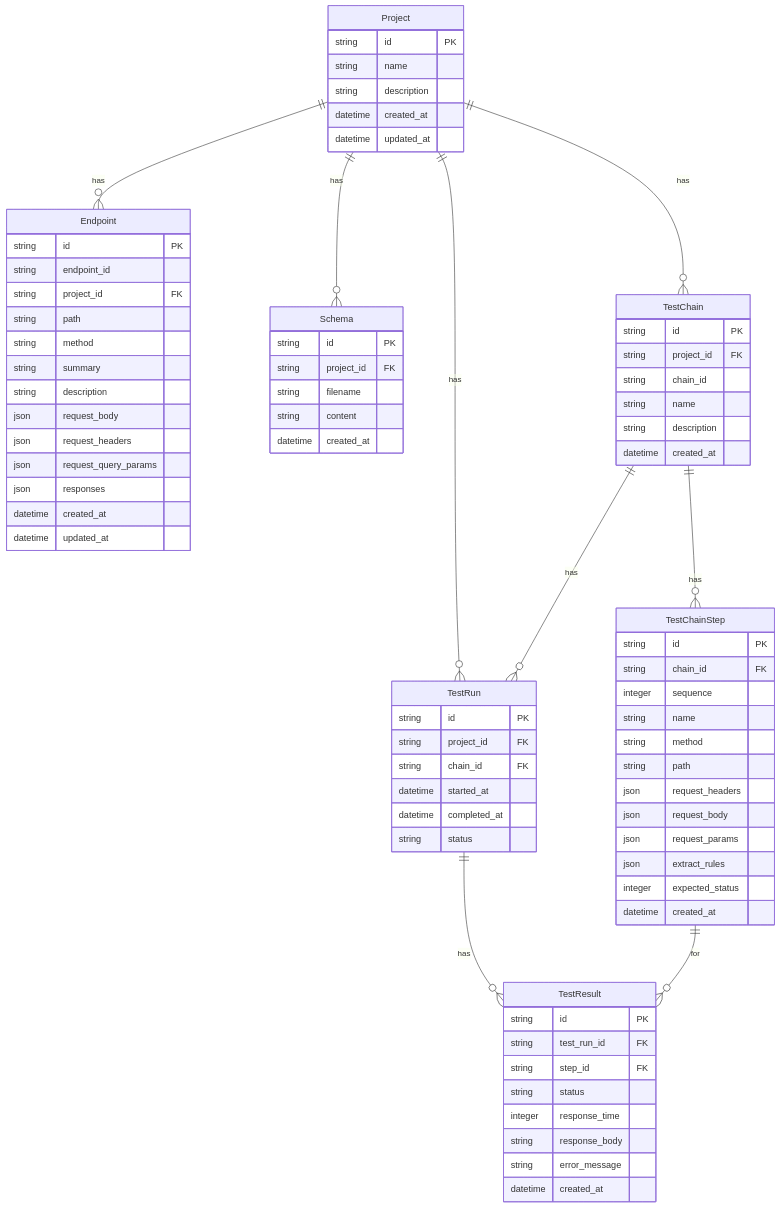
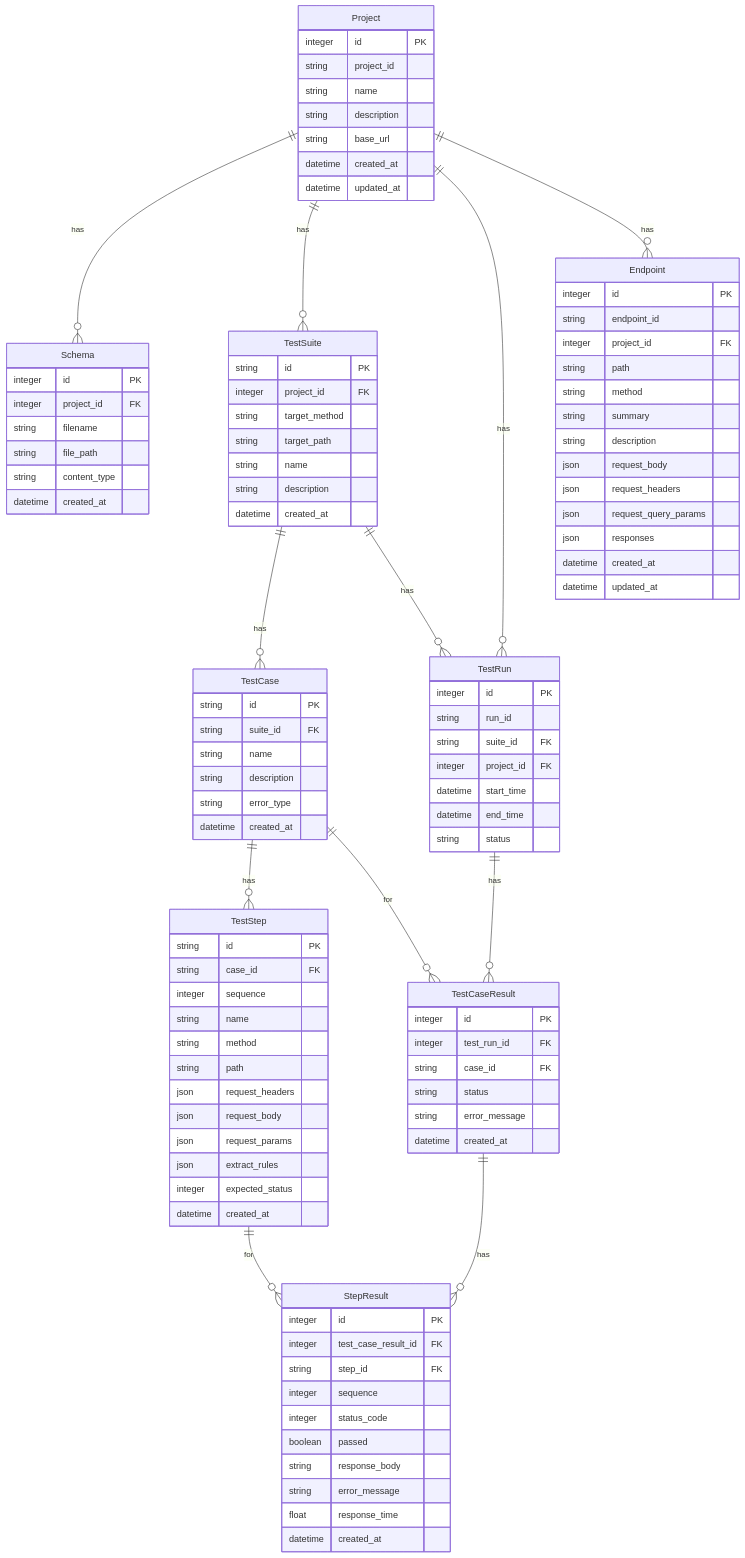
The fifth of 5 diagrams in ARCHITECTURE.md (Pirikara/caseforge), drawn with Mermaid before and after one commit. The commit also changed other lines of this file and 46 other files, not shown here.

````diff
--- a/ARCHITECTURE.md
+++ b/ARCHITECTURE.md
@@ -330,17 +329,19 @@
 ```mermaid
 erDiagram
   Project {
-    string id PK
+    integer id PK
+    string project_id
     string name
     string description
+    string base_url
     datetime created_at
     datetime updated_at
   }
   
   Endpoint {
-    string id PK
+    integer id PK
     string endpoint_id
-    string project_id FK
+    integer project_id FK
     string path
     string method
     string summary
@@ -354,25 +355,36 @@
   }
   
   Schema {
-    string id PK
-    string project_id FK
+    integer id PK
+    integer project_id FK
     string filename
-    string content
+    string file_path
+    string content_type
     datetime created_at
   }
-  
-  TestChain {
+
+  TestSuite {
     string id PK
-    string project_id FK
-    string chain_id
+    integer project_id FK
+    string target_method
+    string target_path
     string name
     string description
     datetime created_at
   }
   
-  TestChainStep {
+  TestCase {
     string id PK
-    string chain_id FK
+    string suite_id FK
+    string name
+    string description
+    string error_type
+    datetime created_at
+  }
+  
+  TestStep {
+    string id PK
+    string case_id FK
     integer sequence
     string name
     string method
@@ -386,31 +398,46 @@
   }
   
   TestRun {
-    string id PK
-    string project_id FK
-    string chain_id FK
-    datetime started_at
-    datetime completed_at
+    integer id PK
+    string run_id
+    string suite_id FK
+    integer project_id FK
+    datetime start_time
+    datetime end_time
     string status
   }
   
-  TestResult {
-    string id PK
-    string test_run_id FK
-    string step_id FK
+  TestCaseResult {
+    integer id PK
+    integer test_run_id FK
+    string case_id FK
     string status
-    integer response_time
-    string response_body
     string error_message
     datetime created_at
   }
   
+  StepResult {
+    integer id PK
+    integer test_case_result_id FK
+    string step_id FK
+    integer sequence
+    integer status_code
+    boolean passed
+    string response_body
+    string error_message
+    float response_time
+    datetime created_at
+  }
+  
   Project ||--o{ Schema : "has"
-  Project ||--o{ TestChain : "has"
+  Project ||--o{ TestSuite : "has"
   Project ||--o{ TestRun : "has"
   Project ||--o{ Endpoint : "has"
-  TestChain ||--o{ TestChainStep : "has"
-  TestChain ||--o{ TestRun : "has"
-  TestRun ||--o{ TestResult : "has"
-  TestChainStep ||--o{ TestResult : "for"
+  TestSuite ||--o{ TestCase : "has"
+  TestSuite ||--o{ TestRun : "has"
+  TestCase ||--o{ TestStep : "has"
+  TestRun ||--o{ TestCaseResult : "has"
+  TestCase ||--o{ TestCaseResult : "for"
+  TestStep ||--o{ StepResult : "for"
+  TestCaseResult ||--o{ StepResult : "has"
 ```
````
